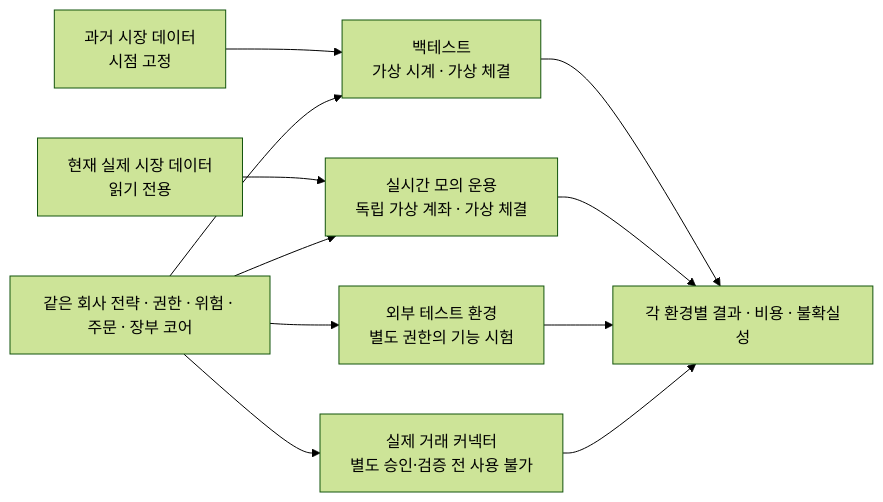
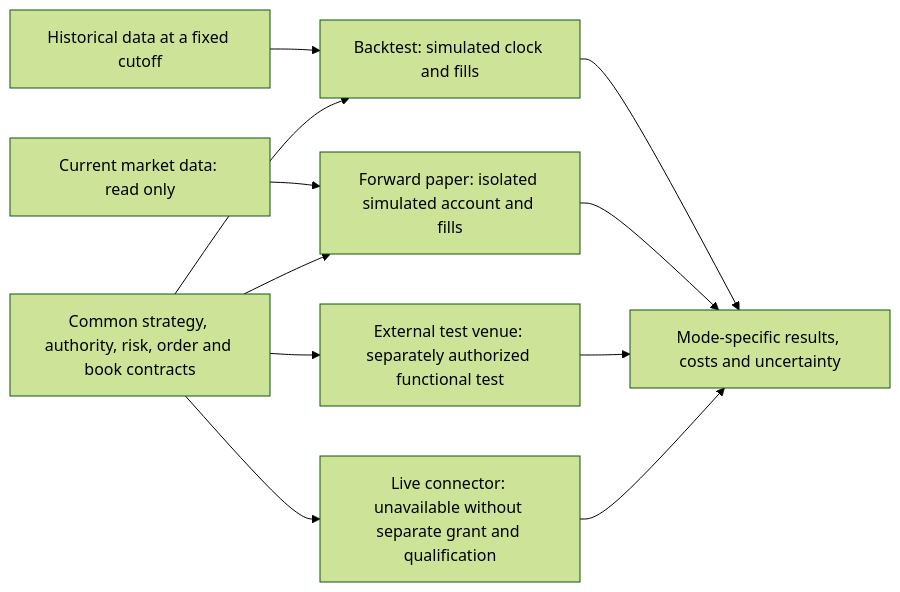
One commit to openboa-ai/sourdough changed diagram 11 of 16 in docs/company-agent-quant.md. Above: the diagram before and after it, drawn with Mermaid (forest theme). The commit also changed other lines of this file and 29 other files, not shown here.

````diff
--- a/docs/company-agent-quant.md
+++ b/docs/company-agent-quant.md
@@ -306,14 +301,14 @@
 ```mermaid
 flowchart LR
-    Strategy["같은 회사 전략 · 권한 · 위험 · 주문 · 장부 코어"]
-    Past["과거 시장 데이터<br/>시점 고정"] --> Replay["백테스트<br/>가상 시계 · 가상 체결"]
-    Current["현재 실제 시장 데이터<br/>읽기 전용"] --> Paper["실시간 모의 운용<br/>독립 가상 계좌 · 가상 체결"]
+    Strategy["Common strategy, authority, risk, order and book contracts"]
+    Past["Historical data at a fixed cutoff"] --> Replay["Backtest: simulated clock and fills"]
+    Current["Current market data: read only"] --> Paper["Forward paper: isolated simulated account and fills"]
     Strategy --> Replay
     Strategy --> Paper
-    Strategy --> Test["외부 테스트 환경<br/>별도 권한의 기능 시험"]
-    Strategy --> Live["실제 거래 커넥터<br/>별도 승인·검증 전 사용 불가"]
-    Replay --> Results["각 환경별 결과 · 비용 · 불확실성"]
+    Strategy --> Test["External test venue: separately authorized functional test"]
+    Strategy --> Live["Live connector: unavailable without separate grant and qualification"]
+    Replay --> Results["Mode-specific results, costs and uncertainty"]
     Paper --> Results
     Test --> Results
     Live --> Results
 ```
````
